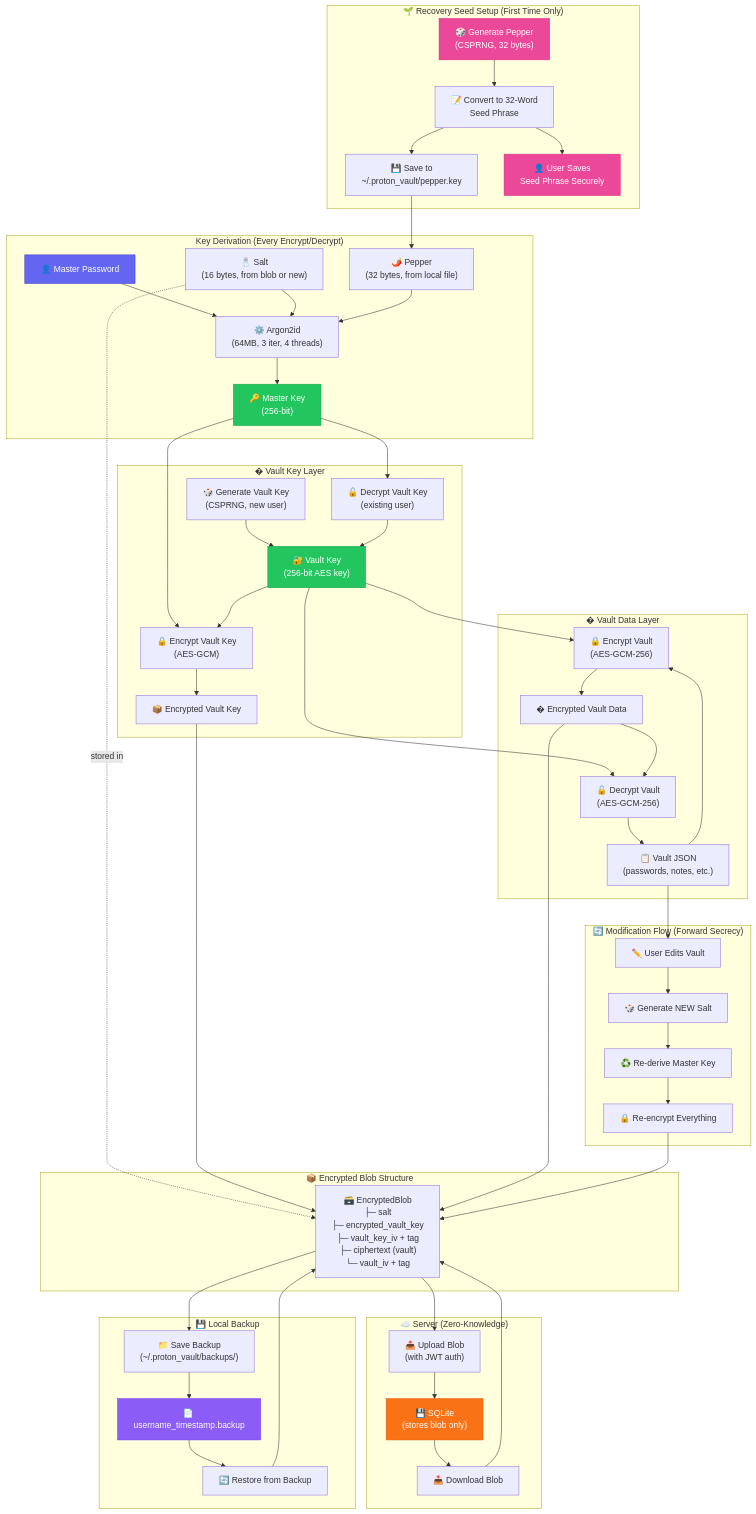
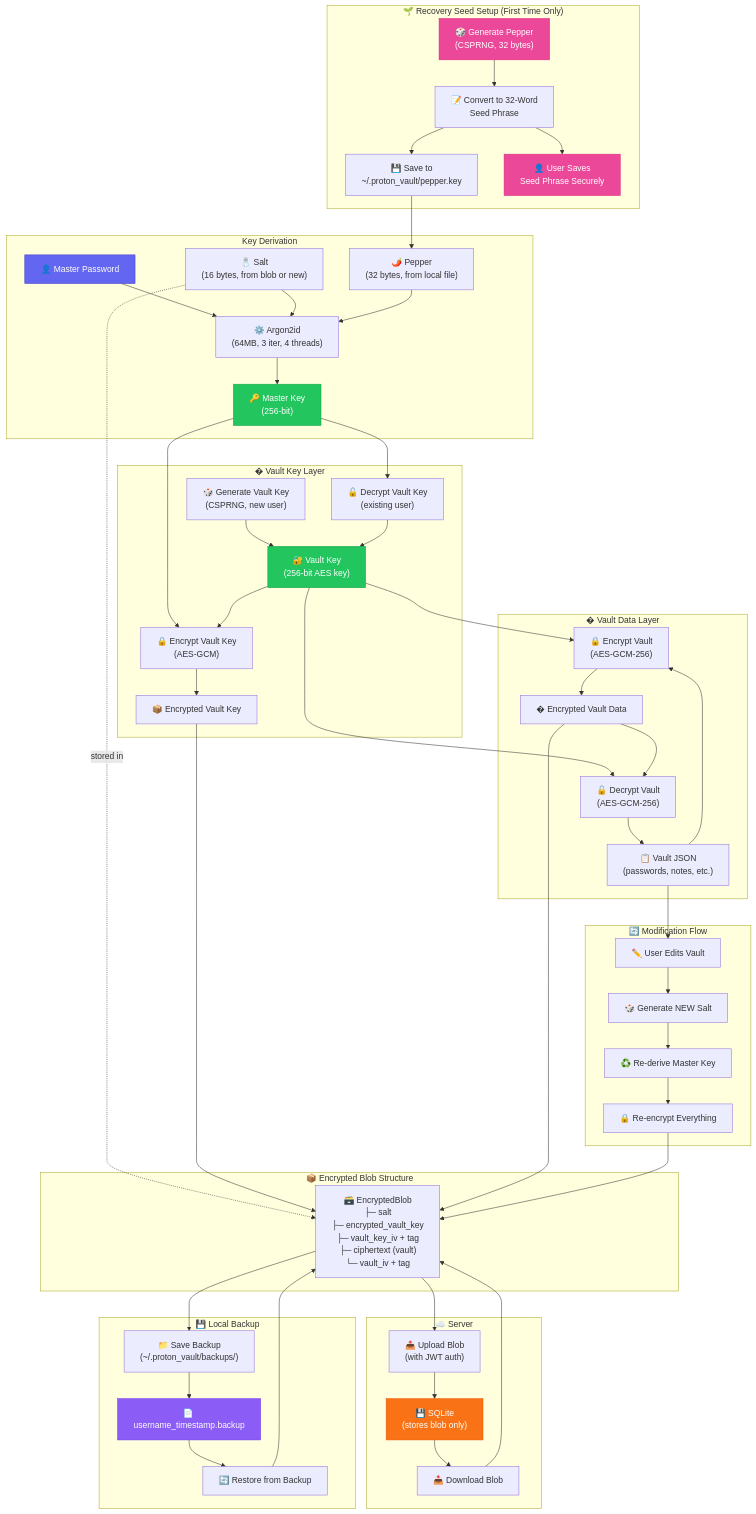
One commit to Adrian-Cespedes/Cryptography_CS5371_Project changed the diagram in informe.md. Above: the diagram before and after it, drawn with Mermaid.

Commit message:
remover xd

```diff
--- a/informe.md
+++ b/informe.md
@@ -385,7 +385,7 @@
         SEED2 --> SEED4
     end
 
-    subgraph "Key Derivation (Every Encrypt/Decrypt)"
+    subgraph "Key Derivation"
         A["👤 Master Password"]
         B["🧂 Salt<br/>(16 bytes, from blob or new)"]
         C["🌶️ Pepper<br/>(32 bytes, from local file)"]
@@ -435,7 +435,7 @@
         V4 --> BLOB
     end
 
-    subgraph "☁️ Server (Zero-Knowledge)"
+    subgraph "☁️ Server"
         SRV1["📤 Upload Blob<br/>(with JWT auth)"]
         SRV2["💾 SQLite<br/>(stores blob only)"]
         SRV3["📥 Download Blob"]
@@ -457,7 +457,7 @@
         BK3 --> BLOB
     end
 
-    subgraph "🔄 Modification Flow (Forward Secrecy)"
+    subgraph "🔄 Modification Flow"
         MOD1["✏️ User Edits Vault"]
         MOD2["🎲 Generate NEW Salt"]
         MOD3["♻️ Re-derive Master Key"]
```
